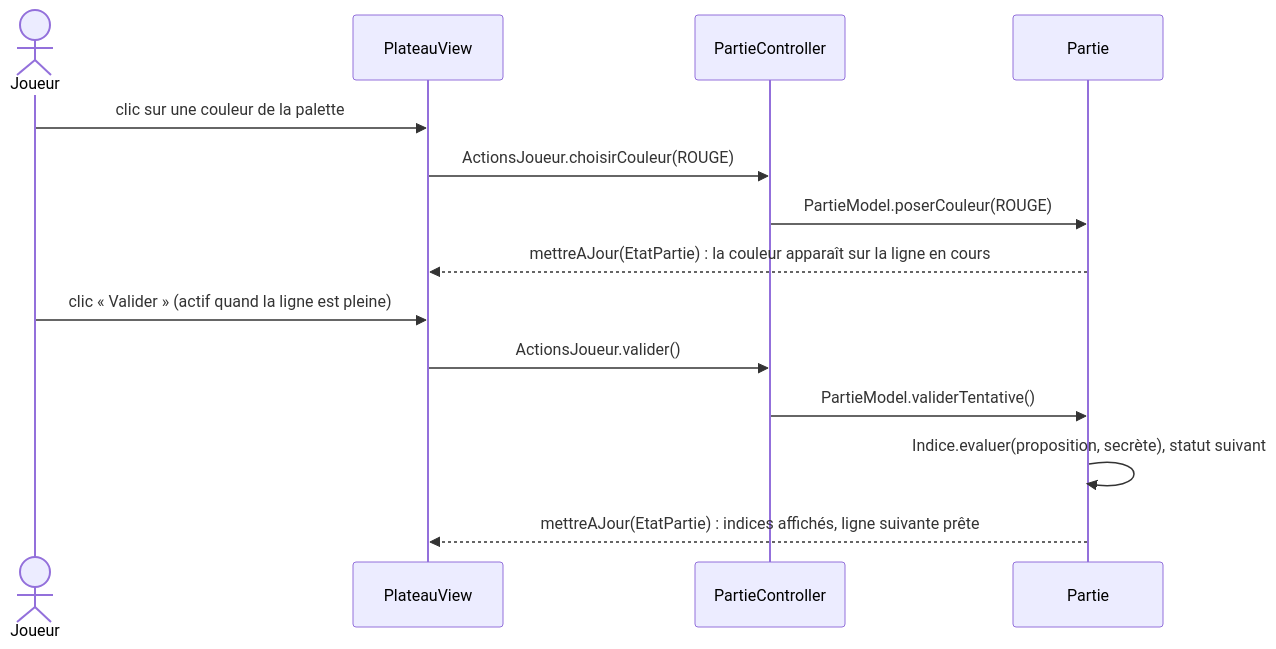
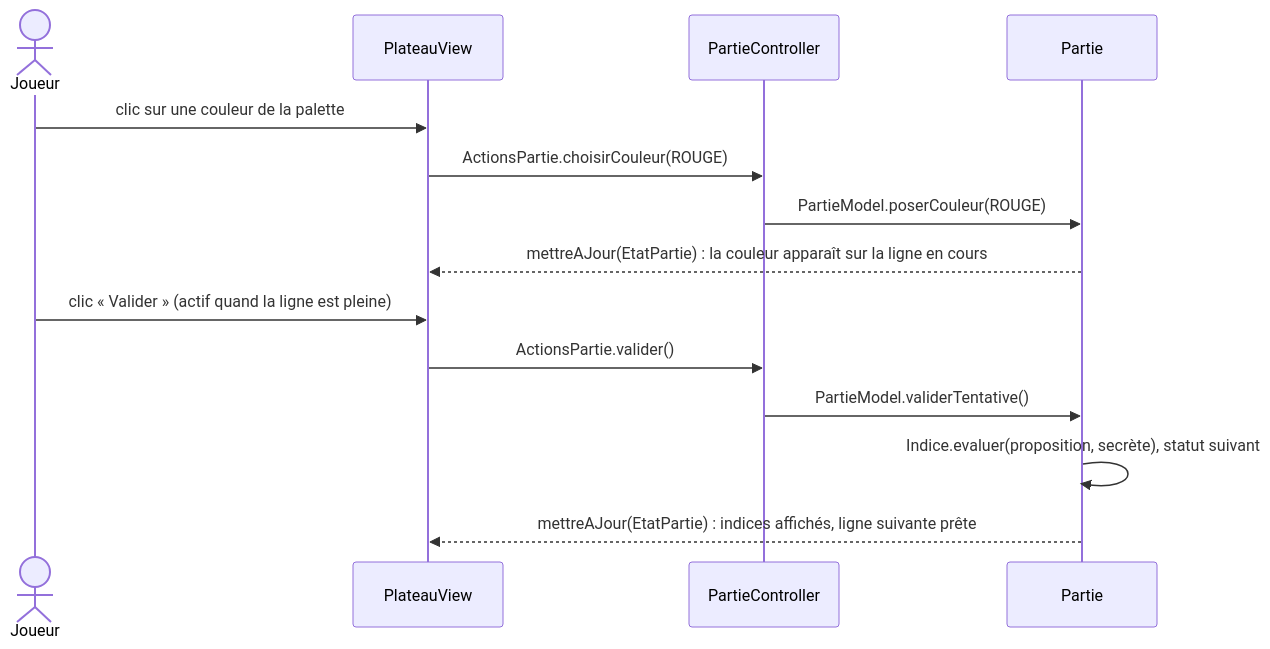
One commit to Yorobro/Mastermind changed the third of 4 diagrams in README.md. Above: the diagram before and after it, drawn with Mermaid. The commit also changed other lines of this file, not shown here.

````diff
--- a/README.md
+++ b/README.md
@@ -179,17 +226,17 @@
 ```mermaid
 sequenceDiagram
     actor Joueur
     participant V as PlateauView
     participant C as PartieController
     participant M as Partie
 
     Joueur->>V: clic sur une couleur de la palette
-    V->>C: ActionsJoueur.choisirCouleur(ROUGE)
+    V->>C: ActionsPartie.choisirCouleur(ROUGE)
     C->>M: PartieModel.poserCouleur(ROUGE)
     M-->>V: mettreAJour(EtatPartie) : la couleur apparaît sur la ligne en cours
     Joueur->>V: clic « Valider » (actif quand la ligne est pleine)
-    V->>C: ActionsJoueur.valider()
+    V->>C: ActionsPartie.valider()
     C->>M: PartieModel.validerTentative()
     M->>M: Indice.evaluer(proposition, secrète), statut suivant
     M-->>V: mettreAJour(EtatPartie) : indices affichés, ligne suivante prête
 ```
````
